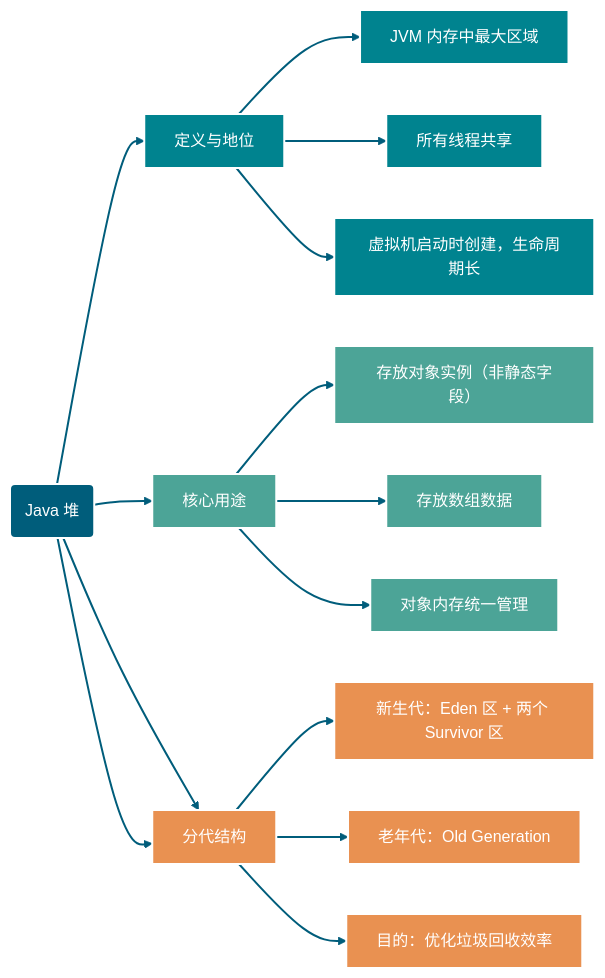
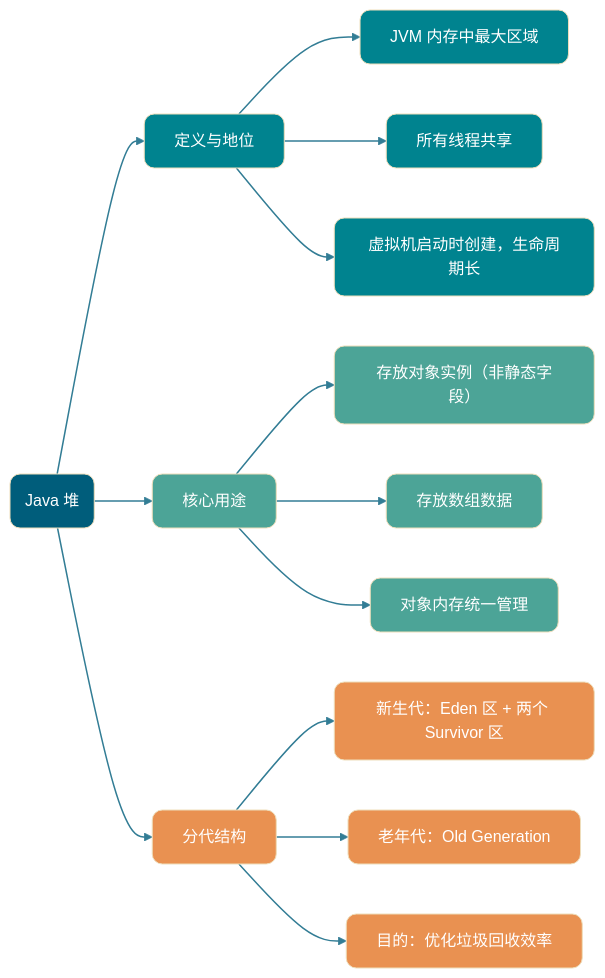
One commit to Snailclimb/JavaGuide changed the fourth of 9 diagrams in docs/java/jvm/memory-area.md. Above: the diagram before and after it, drawn with Mermaid (base theme). The commit also changed other lines of this file and 7 other files, not shown here.

Commit message:
docs：mermaid 配图样式优化

````diff
--- a/docs/java/jvm/memory-area.md
+++ b/docs/java/jvm/memory-area.md
@@ -228,35 +228,33 @@
 ```mermaid
 graph LR
     %% 颜色定义
-    classDef main fill:#005D7B,stroke:#fff,stroke-width:2px,color:#fff;
-    classDef compare fill:#00838F,stroke:#fff,stroke-width:2px,color:#fff;
-    classDef structure fill:#4CA497,stroke:#fff,stroke-width:2px,color:#fff;
-    classDef implement fill:#E99151,stroke:#fff,stroke-width:2px,color:#fff;
-    classDef error fill:#C44545,stroke:#fff,stroke-width:2px,color:#fff;
+    classDef main fill:#005D7B,color:#fff,rx:10,ry:10;
+    classDef compare fill:#00838F,color:#fff,rx:10,ry:10;
+    classDef structure fill:#4CA497,color:#fff,rx:10,ry:10;
+    classDef implement fill:#E99151,color:#fff,rx:10,ry:10;
+    classDef error fill:#C44545,color:#fff,rx:10,ry:10;
 
     %% 核心节点
     Root(Java 堆):::main
 
     %% 分支1：基本定义与地位
     Root --> Def[定义与地位]:::compare
     Def --> Def1[JVM 内存中最大区域]:::compare
     Def --> Def2[所有线程共享]:::compare
     Def --> Def3[虚拟机启动时创建，生命周期长]:::compare
 
     %% 分支2：核心用途
     Root --> Use[核心用途]:::structure
     Use --> Use1[存放对象实例（非静态字段）]:::structure
     Use --> Use2[存放数组数据]:::structure
     Use --> Use3[对象内存统一管理]:::structure
 
     %% 分3：分代结构 (GC 堆)
     Root --> GC[分代结构]:::implement
-   		Root --> GC[分代结构]:::implement
     GC --> GC1[新生代：Eden 区 + 两个 Survivor 区]:::implement
     GC --> GC2[老年代：Old Generation]:::implement
     GC --> GC3[目的：优化垃圾回收效率]:::implement
 
-
     %% 线条样式
-    linkStyle default stroke:#005D7B,stroke-width:2px;
+    linkStyle default stroke:#005D7B,stroke-width:1.5px,opacity:0.8
 ```
````
